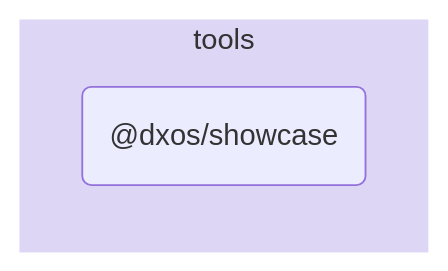
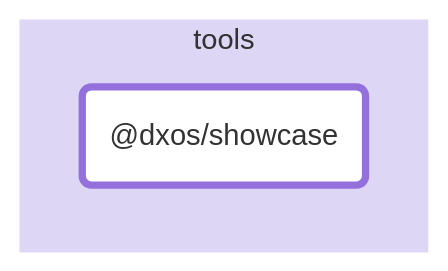
Before and after one commit to dxos/dxos: the diagram in tools/showcase/docs/README.md, drawn with Mermaid. The commit also changed other lines of this file and 88 other files, not shown here.

````diff
--- a/tools/showcase/docs/README.md
+++ b/tools/showcase/docs/README.md
@@ -5,9 +7,12 @@
 ```mermaid
 flowchart LR;
+
+style dxos/showcase fill:#fff,stroke-width:4px;
+
 
 subgraph tools
   style tools fill:#ded6f5,stroke:#fff;
   dxos/showcase("@dxos/showcase");
 end
 
 ```
````
